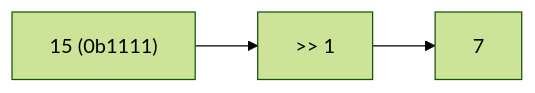
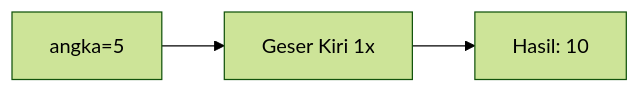
One commit to amnahwaida/OSNK_INF_PREP changed diagram 11 of 25 in part-c-pemahaman-cpp/06-bitwise/latihan/set-04.md. Above: the diagram before and after it, drawn with Mermaid (forest theme). The commit also changed other lines of this file and 71 other files, not shown here.

````diff
--- a/part-c-pemahaman-cpp/06-bitwise/latihan/set-04.md
+++ b/part-c-pemahaman-cpp/06-bitwise/latihan/set-04.md
@@ -285,5 +297,5 @@
 ```mermaid
 graph LR
-A["15 (0b1111)"] --> B[">> 1"]
-B --> C["7"]
+A["angka=5"] --> B["Geser Kiri 1x"]
+B --> C["Hasil: 10"]
 ```
````
